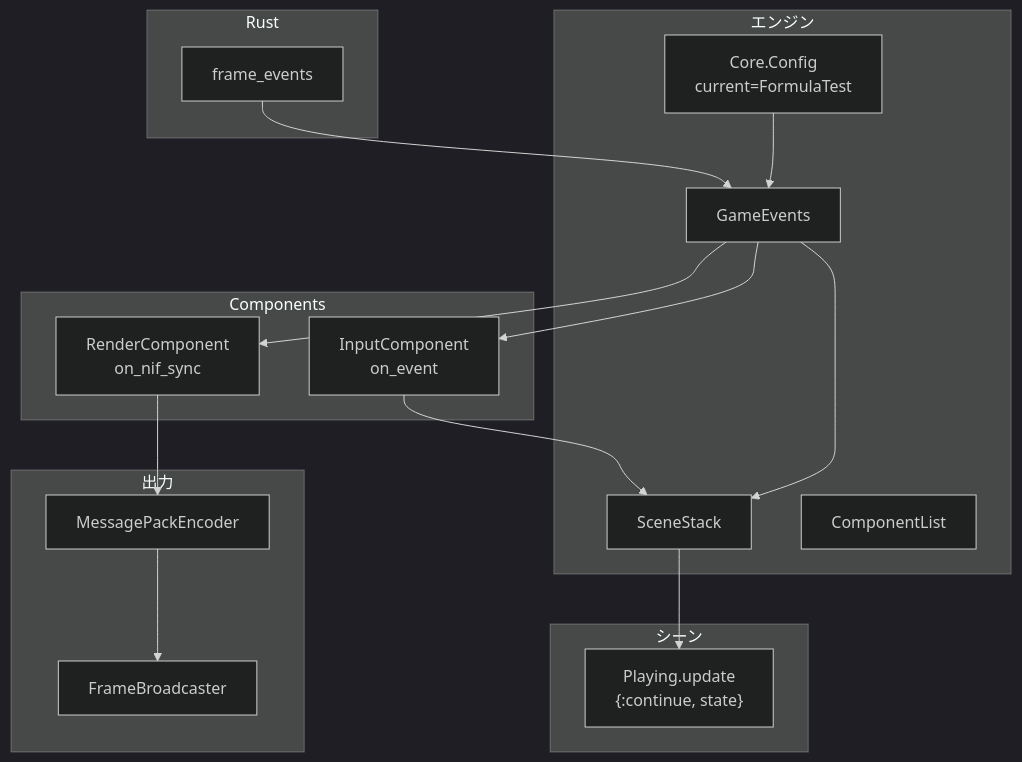
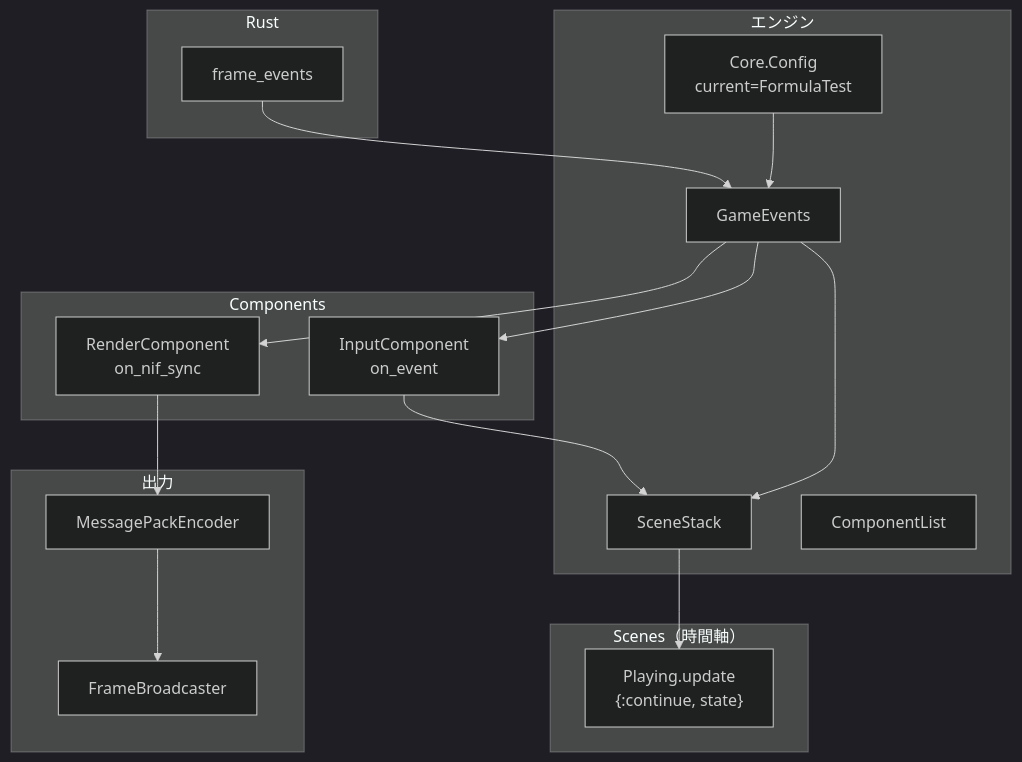
One commit to FRICK-ELDY/alchemy-engine changed the seventh of 7 diagrams in docs/architecture/formula-test-phase1-architecture.md. Above: the diagram before and after it, drawn with Mermaid (dark theme). The commit also changed other lines of this file and 3 other files, not shown here.

Commit message:
docs(architecture): add Scene as first-class concept (Phase 1)

````diff
--- a/docs/architecture/formula-test-phase1-architecture.md
+++ b/docs/architecture/formula-test-phase1-architecture.md
@@ -331,37 +344,37 @@
 ```mermaid
 flowchart TB
     subgraph rust["Rust"]
         FE["frame_events"]
     end
 
     subgraph engine["エンジン"]
         CFG["Core.Config\ncurrent=FormulaTest"]
         GE["GameEvents"]
         SS["SceneStack"]
         CL["ComponentList"]
     end
 
-    subgraph scene["シーン"]
+    subgraph scene["Scenes（時間軸）"]
         UP["Playing.update\n{:continue, state}"]
     end
 
     subgraph comp["Components"]
         RC["RenderComponent\non_nif_sync"]
         IC["InputComponent\non_event"]
     end
 
     subgraph output["出力"]
         MP["MessagePackEncoder"]
         FB["FrameBroadcaster"]
     end
 
     CFG --> GE
     FE --> GE
     GE --> SS
     SS --> UP
     GE --> RC
     GE --> IC
     RC --> MP
     MP --> FB
     IC --> SS
 ```
````
